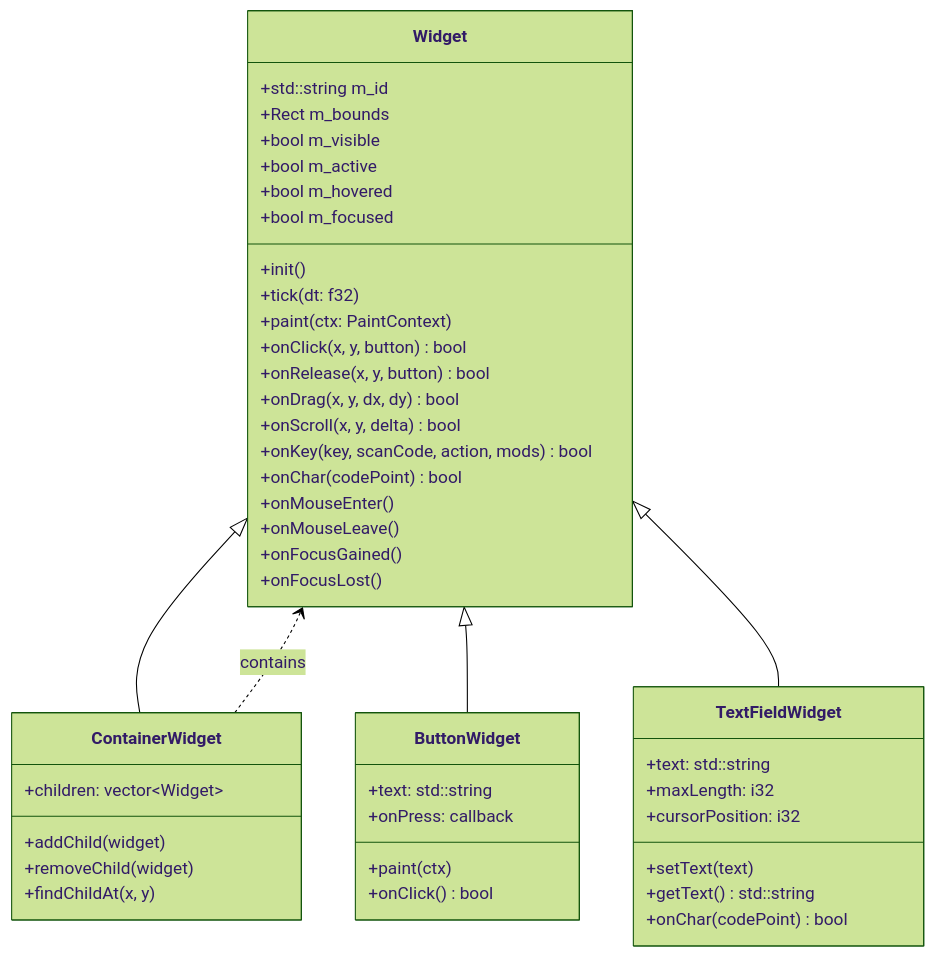
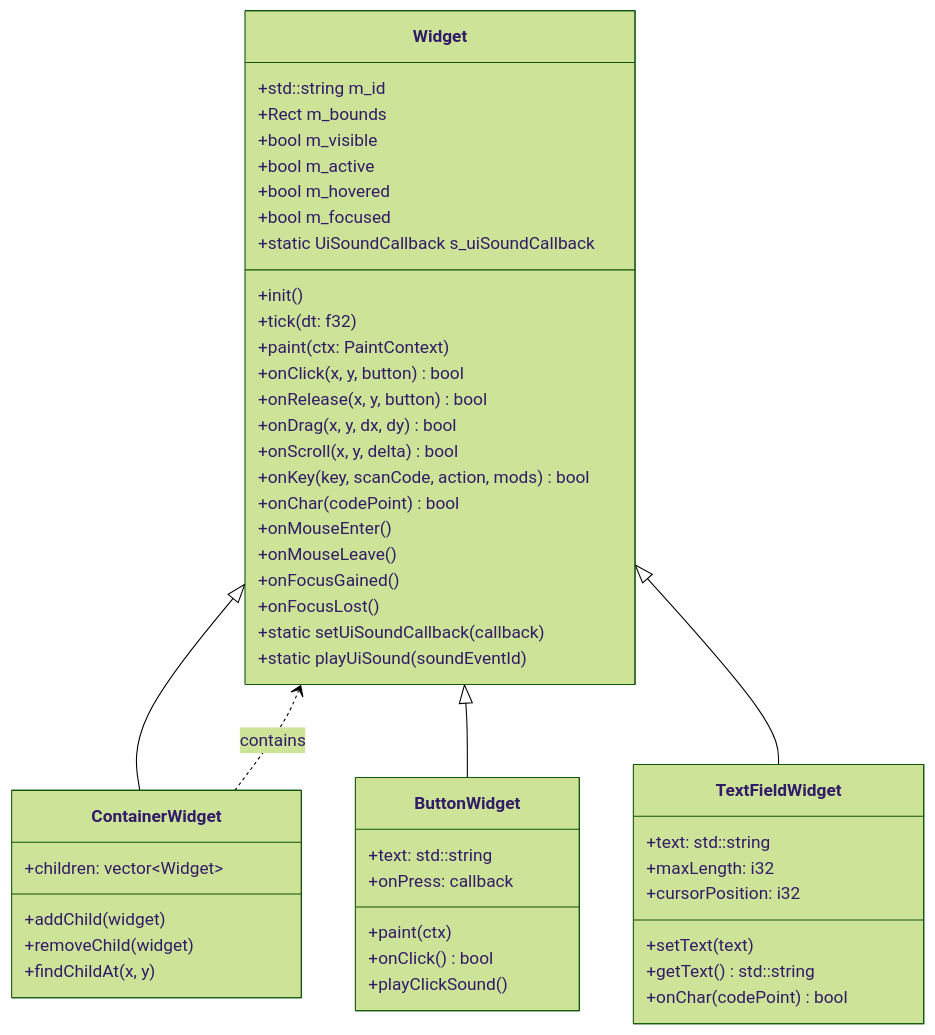
Before and after one commit to g122622/Cubium: the first of 8 diagrams in src/client/ui/kagero/README.md, drawn with Mermaid (forest theme). The commit also changed other lines of this file and 4 other files, not shown here.

````diff
--- a/src/client/ui/kagero/README.md
+++ b/src/client/ui/kagero/README.md
@@ -108,52 +108,56 @@
 ```mermaid
 classDiagram
     class Widget {
         +std::string m_id
         +Rect m_bounds
         +bool m_visible
         +bool m_active
         +bool m_hovered
         +bool m_focused
+        +static UiSoundCallback s_uiSoundCallback
         +init()
         +tick(dt: f32)
         +paint(ctx: PaintContext)
         +onClick(x, y, button) bool
         +onRelease(x, y, button) bool
         +onDrag(x, y, dx, dy) bool
         +onScroll(x, y, delta) bool
         +onKey(key, scanCode, action, mods) bool
         +onChar(codePoint) bool
         +onMouseEnter()
         +onMouseLeave()
         +onFocusGained()
         +onFocusLost()
+        +static setUiSoundCallback(callback)
+        +static playUiSound(soundEventId)
     }
 
     class ContainerWidget {
         +children: vector~Widget~
         +addChild(widget)
         +removeChild(widget)
         +findChildAt(x, y)
     }
 
     class ButtonWidget {
         +text: std::string
         +onPress: callback
         +paint(ctx)
         +onClick() bool
+        +playClickSound()
     }
 
     class TextFieldWidget {
         +text: std::string
         +maxLength: i32
         +cursorPosition: i32
         +setText(text)
         +getText() std::string
         +onChar(codePoint) bool
     }
 
     Widget <|-- ContainerWidget
     Widget <|-- ButtonWidget
     Widget <|-- TextFieldWidget
     ContainerWidget ..> Widget : contains
 ```
````
